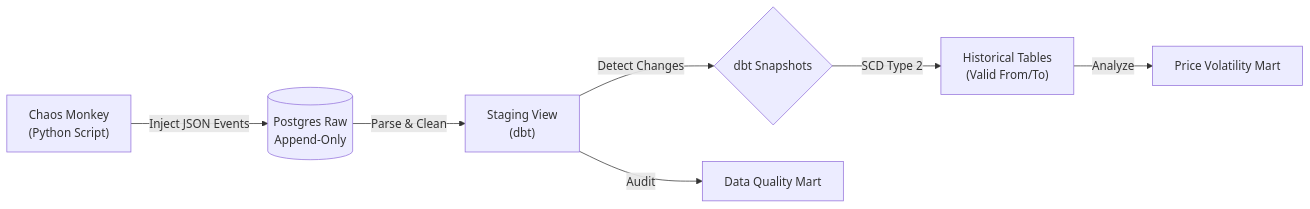
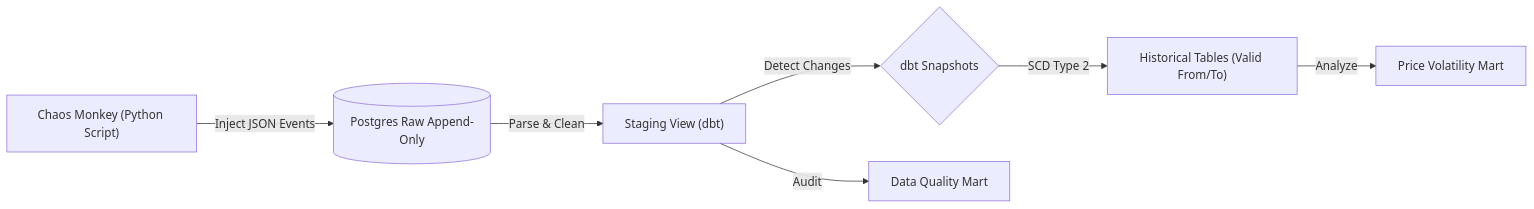
The diagram in README.md (gilbertoagl/resilient-ecommerce-platform), drawn with Mermaid before and after one commit.

Commit message:
Fix: Corrección diagrama

````diff
--- a/README.md
+++ b/README.md
@@ -21,9 +21,9 @@
 ```mermaid
 graph LR
-    A["Chaos Monkey\n(Python Script)"] -->|Inject JSON Events| B[("Postgres Raw\nAppend-Only")]
-    B -->|Parse & Clean| C["Staging View\n(dbt)"]
+    A["Chaos Monkey (Python Script)"] -->|Inject JSON Events| B[("Postgres Raw Append-Only")]
+    B -->|Parse & Clean| C["Staging View (dbt)"]
     C -->|Detect Changes| D{"dbt Snapshots"}
-    D -->|SCD Type 2| E["Historical Tables\n(Valid From/To)"]
+    D -->|SCD Type 2| E["Historical Tables (Valid From/To)"]
     C -->|Audit| F["Data Quality Mart"]
     E -->|Analyze| G["Price Volatility Mart"]
 ```
````
